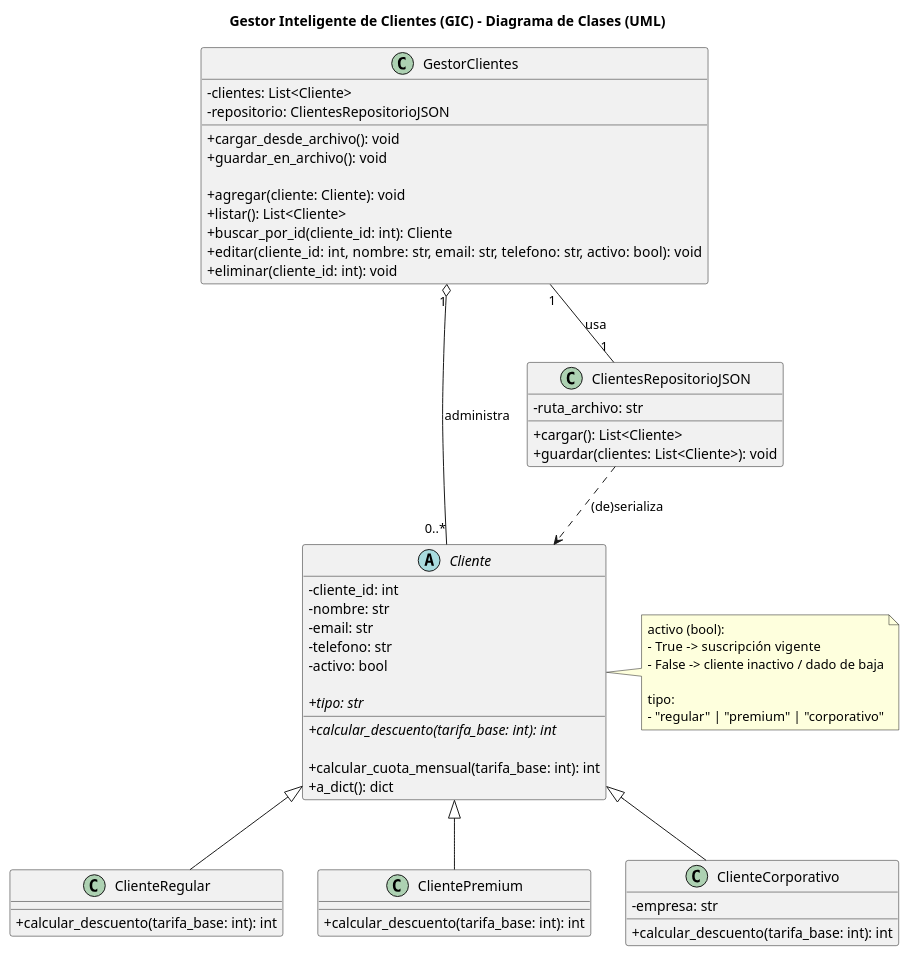
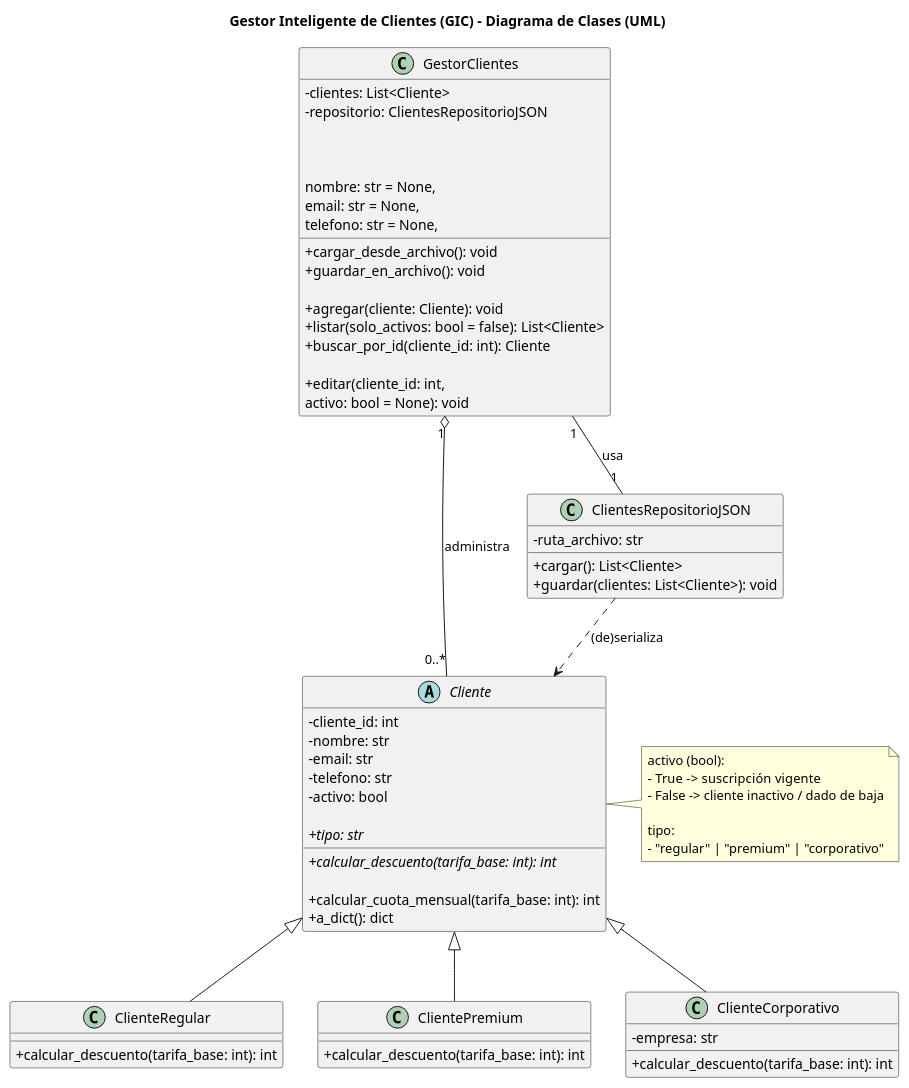
Before and after one commit to coniosorior/ABP_Gestor_Inteligente_Clientes: the diagram in docs/diagrama_clase.puml, drawn with PlantUML.

```diff
--- a/docs/diagrama_clase.puml
+++ b/docs/diagrama_clase.puml
@@ -1,89 +1,77 @@
 @startuml Diagrama
 title Gestor Inteligente de Clientes (GIC) - Diagrama de Clases (UML)
 
 skinparam classAttributeIconSize 0
 
-' =========================
-' MODELO (DOMINIO)
-' =========================
 abstract class Cliente {
   - cliente_id: int
   - nombre: str
   - email: str
   - telefono: str
   - activo: bool
 
   {abstract} + tipo: str
   {abstract} + calcular_descuento(tarifa_base: int): int
 
   + calcular_cuota_mensual(tarifa_base: int): int
   + a_dict(): dict
 }
 
 class ClienteRegular {
   + calcular_descuento(tarifa_base: int): int
 }
 
 class ClientePremium {
   + calcular_descuento(tarifa_base: int): int
 }
 
 class ClienteCorporativo {
   - empresa: str
   + calcular_descuento(tarifa_base: int): int
 }
 
 Cliente <|-- ClienteRegular
 Cliente <|-- ClientePremium
 Cliente <|-- ClienteCorporativo
 
 note right of Cliente
   activo (bool):
   - True  -> suscripción vigente
   - False -> cliente inactivo / dado de baja
 
   tipo:
   - "regular" | "premium" | "corporativo"
 end note
 
-' =========================
-' LÓGICA DE APLICACIÓN
-' =========================
+
 class GestorClientes {
   - clientes: List<Cliente>
   - repositorio: ClientesRepositorioJSON
 
   + cargar_desde_archivo(): void
   + guardar_en_archivo(): void
 
   + agregar(cliente: Cliente): void
-  + listar(): List<Cliente>
+  + listar(solo_activos: bool = false): List<Cliente>
   + buscar_por_id(cliente_id: int): Cliente
-  + editar(cliente_id: int, nombre: str, email: str, telefono: str, activo: bool): void
-  + eliminar(cliente_id: int): void
+
+  + editar(cliente_id: int,
+           nombre: str = None,
+           email: str = None,
+           telefono: str = None,
+           activo: bool = None): void
 }
 
-' =========================
-' PERSISTENCIA
-' =========================
+
 class ClientesRepositorioJSON {
   - ruta_archivo: str
 
   + cargar(): List<Cliente>
   + guardar(clientes: List<Cliente>): void
 }
 
-' =========================
-' RELACIONES
-' =========================
-
-' Agregación: el gestor agrupa/administra muchos clientes (los clientes pueden existir sin el gestor)
 GestorClientes "1" o-- "0..*" Cliente : administra
-
-' Asociación: el gestor usa un repositorio para cargar/guardar
 GestorClientes "1" -- "1" ClientesRepositorioJSON : usa
-
-' Dependencia: el repositorio usa Cliente para (de)serializar objetos
 ClientesRepositorioJSON ..> Cliente : (de)serializa
 
 @enduml
```
